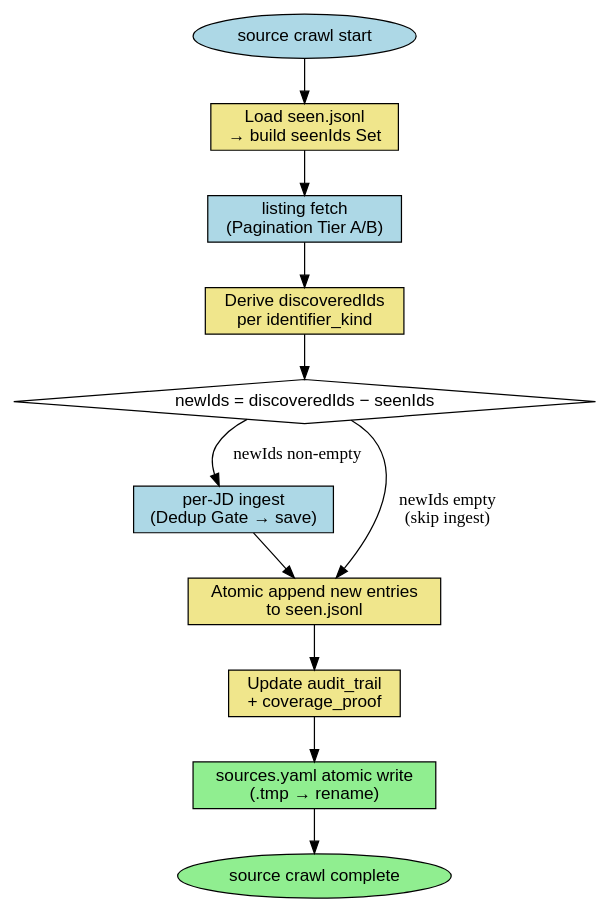
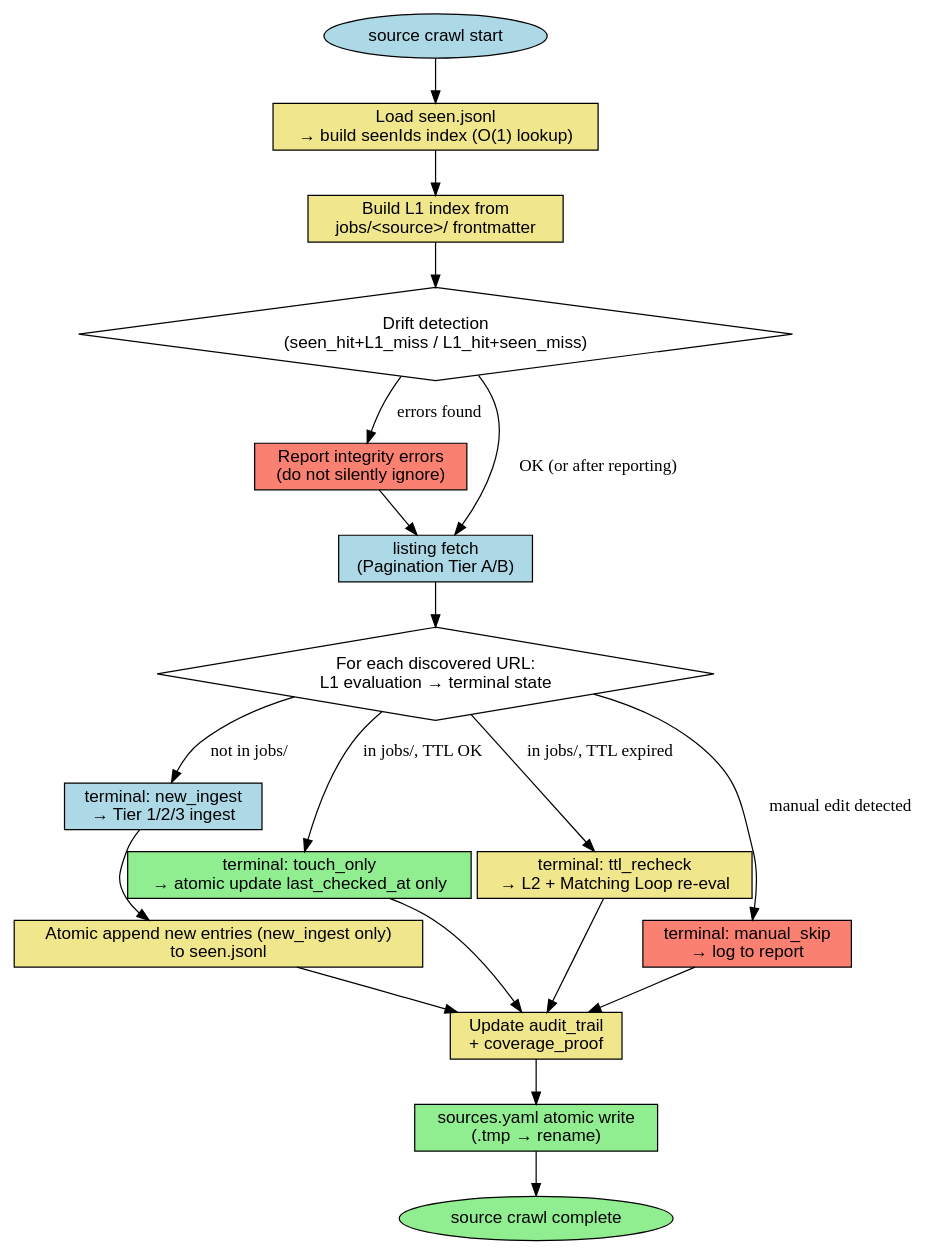
One commit to toongri/oh-my-toong-playground changed the fourth of 4 diagrams in skills/collect-jd/reference/dedup-and-discovery.md. Above: the diagram before and after it, drawn with Graphviz. The commit also changed other lines of this file and 3 other files, not shown here.

````diff
--- a/skills/collect-jd/reference/dedup-and-discovery.md
+++ b/skills/collect-jd/reference/dedup-and-discovery.md
@@ -657,23 +684,38 @@
 ```dot
 digraph per_site_crawl_memory {
   rankdir=TB;
   node [shape=box, fontname="Helvetica"];
 
   start [label="source crawl start", shape=ellipse, style=filled, fillcolor=lightblue];
-  load_seen [label="Load seen.jsonl\n→ build seenIds Set", style=filled, fillcolor=khaki];
+  load_seen [label="Load seen.jsonl\n→ build seenIds index (O(1) lookup)", style=filled, fillcolor=khaki];
+  load_l1 [label="Build L1 index from\njobs/<source>/ frontmatter", style=filled, fillcolor=khaki];
+  drift_check [label="Drift detection\n(seen_hit+L1_miss / L1_hit+seen_miss)", shape=diamond];
+  report_drift [label="Report integrity errors\n(do not silently ignore)", style=filled, fillcolor=salmon];
   fetch [label="listing fetch\n(Pagination Tier A/B)", style=filled, fillcolor=lightblue];
-  derive_ids [label="Derive discoveredIds\nper identifier_kind", style=filled, fillcolor=khaki];
-  set_diff [label="newIds = discoveredIds − seenIds", shape=diamond];
-  per_jd [label="per-JD ingest\n(Dedup Gate → save)", style=filled, fillcolor=lightblue];
-  append_seen [label="Atomic append new entries\nto seen.jsonl", style=filled, fillcolor=khaki];
+  per_url [label="For each discovered URL:\nL1 evaluation → terminal state", shape=diamond];
+  new_ingest [label="terminal: new_ingest\n→ Tier 1/2/3 ingest", style=filled, fillcolor=lightblue];
+  touch_only [label="terminal: touch_only\n→ atomic update last_checked_at only", style=filled, fillcolor=lightgreen];
+  ttl_recheck [label="terminal: ttl_recheck\n→ L2 + Matching Loop re-eval", style=filled, fillcolor=khaki];
+  manual_skip [label="terminal: manual_skip\n→ log to report", style=filled, fillcolor=salmon];
+  append_seen [label="Atomic append new entries (new_ingest only)\nto seen.jsonl", style=filled, fillcolor=khaki];
   update_audit [label="Update audit_trail\n+ coverage_proof", style=filled, fillcolor=khaki];
   atomic_write [label="sources.yaml atomic write\n(.tmp → rename)", style=filled, fillcolor=lightgreen];
   done [label="source crawl complete", shape=ellipse, style=filled, fillcolor=lightgreen];
 
-  start -> load_seen -> fetch -> derive_ids -> set_diff;
-  set_diff -> per_jd [label="newIds non-empty"];
-  set_diff -> append_seen [label="newIds empty\n(skip ingest)"];
-  per_jd -> append_seen;
-  append_seen -> update_audit -> atomic_write -> done;
+  start -> load_seen -> load_l1 -> drift_check;
+  drift_check -> report_drift [label="errors found"];
+  drift_check -> fetch [label="OK (or after reporting)"];
+  report_drift -> fetch;
+  fetch -> per_url;
+  per_url -> new_ingest [label="not in jobs/"];
+  per_url -> touch_only [label="in jobs/, TTL OK"];
+  per_url -> ttl_recheck [label="in jobs/, TTL expired"];
+  per_url -> manual_skip [label="manual edit detected"];
+  new_ingest -> append_seen;
+  append_seen -> update_audit;
+  touch_only -> update_audit;
+  ttl_recheck -> update_audit;
+  manual_skip -> update_audit;
+  update_audit -> atomic_write -> done;
 }
 ```
````
